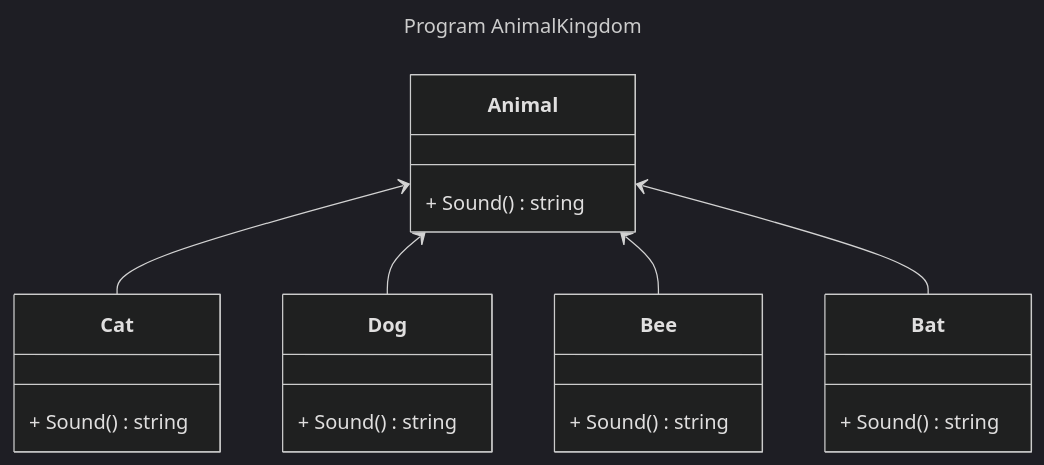
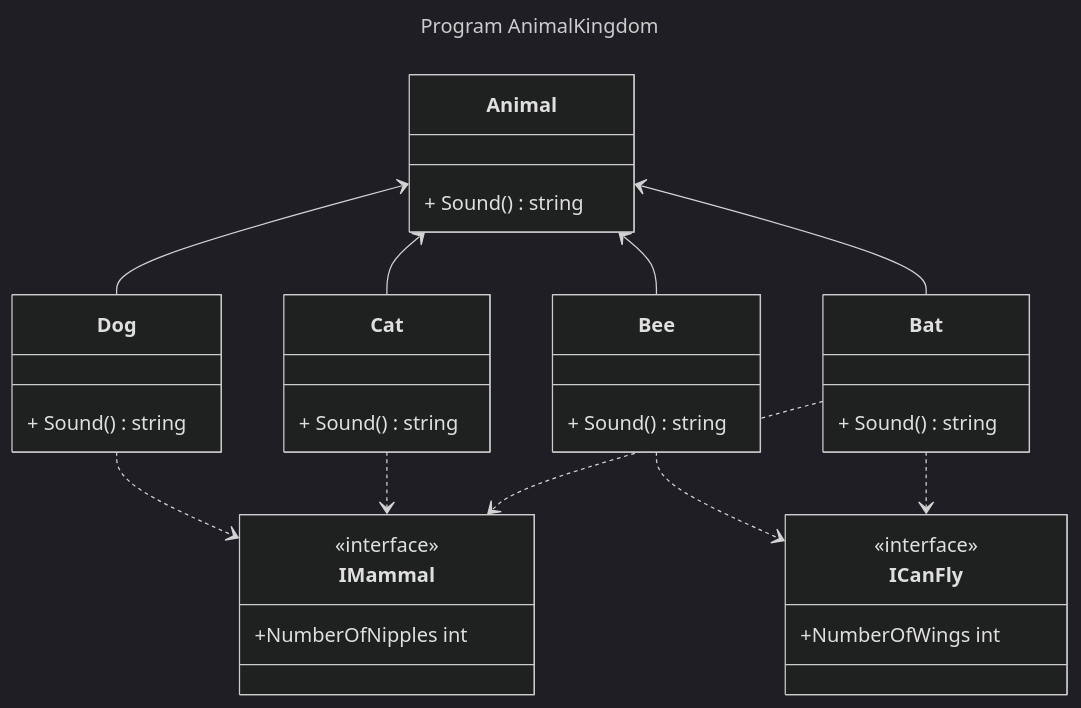
Before and after one commit to AhriGuuji/LP1Semana09: the diagram in AnimalKingdom/README.md, drawn with Mermaid (dark theme). The commit also changed 4 other files, not shown here.

````diff
--- a/AnimalKingdom/README.md
+++ b/AnimalKingdom/README.md
@@ -3,32 +3,47 @@
 ```mermaid
 ---
 title: Program AnimalKingdom
 ---
 
 classDiagram
     class Dog {
         + Sound() string
     }
 
     class Cat {
         + Sound() string
     }
 
     class Bee {
         + Sound() string
     }
 
     class Bat {
         + Sound() string
     }
 
     class Animal {
         + Sound() string
     }
 
+    class IMammal {
+        <<interface>>
+        +NumberOfNipples int
+    }
+
+    class ICanFly {
+        <<interface>>
+        +NumberOfWings int
+    }
+
     Animal <-- Cat
     Animal <-- Dog
     Animal <-- Bee
     Animal <-- Bat
+    Dog ..> IMammal
+    Cat ..> IMammal
+    Bat ..> IMammal
+    Bee ..> ICanFly
+    Bat ..> ICanFly
     
 ```
````
